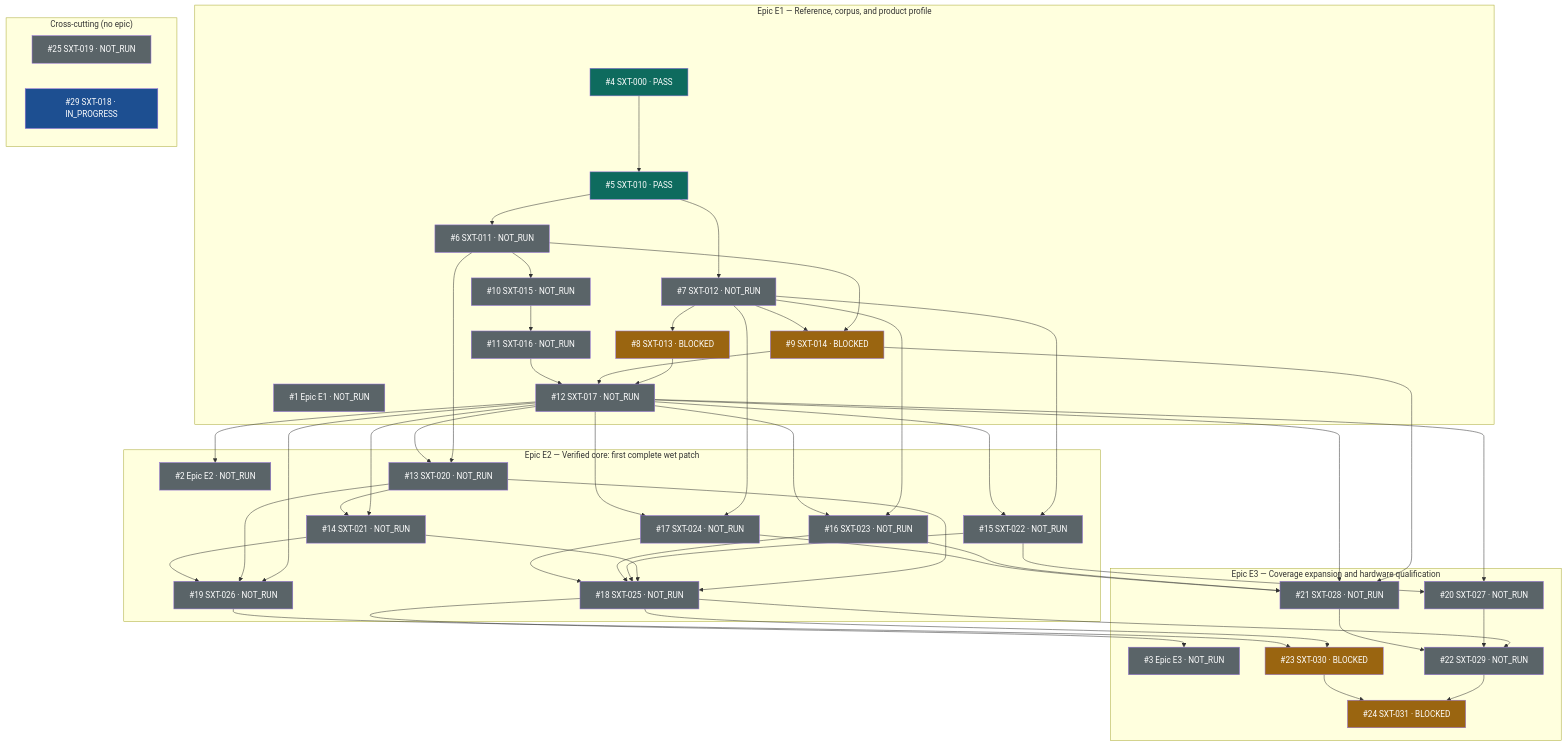
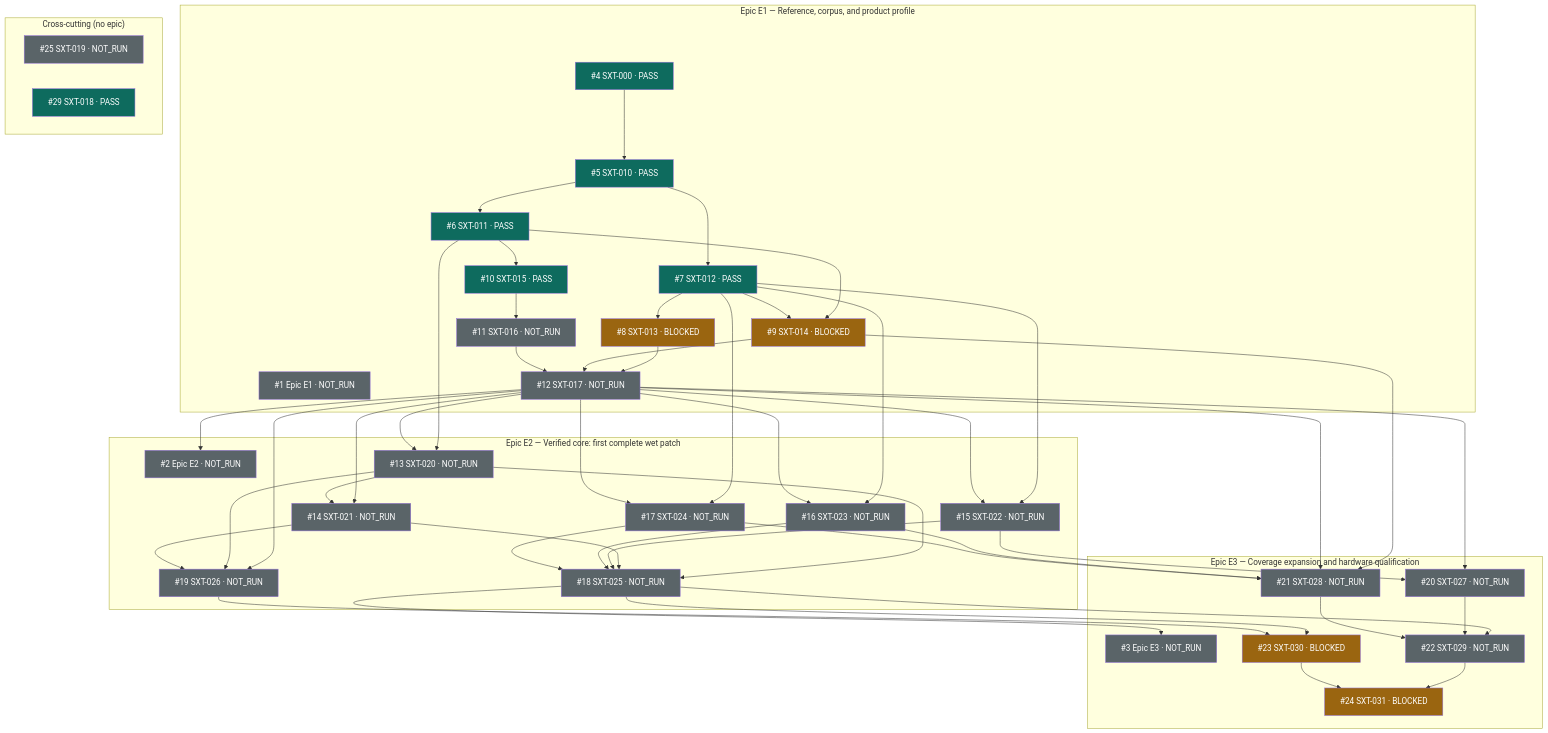
One commit to 2AMLogic/gf180-surge changed the diagram in README.md. Above: the diagram before and after it, drawn with Mermaid. The commit also changed other lines of this file and 1 other file, not shown here.

Commit message:
DAG: refresh board after wave 2-3 merges (#6 #7 #10 #29 PASS; #8 #9 apparatus notes)

````diff
--- a/README.md
+++ b/README.md
@@ -110,11 +110,11 @@
     n1["#1 Epic E1 · NOT_RUN"]
     n4["#4 SXT-000 · PASS"]
     n5["#5 SXT-010 · PASS"]
-    n6["#6 SXT-011 · NOT_RUN"]
-    n7["#7 SXT-012 · NOT_RUN"]
+    n6["#6 SXT-011 · PASS"]
+    n7["#7 SXT-012 · PASS"]
     n8["#8 SXT-013 · BLOCKED"]
     n9["#9 SXT-014 · BLOCKED"]
-    n10["#10 SXT-015 · NOT_RUN"]
+    n10["#10 SXT-015 · PASS"]
     n11["#11 SXT-016 · NOT_RUN"]
     n12["#12 SXT-017 · NOT_RUN"]
   end
@@ -138,7 +138,7 @@
   end
   subgraph XC["Cross-cutting (no epic)"]
     n25["#25 SXT-019 · NOT_RUN"]
-    n29["#29 SXT-018 · IN_PROGRESS"]
+    n29["#29 SXT-018 · PASS"]
   end
   n4 --> n5
   n5 --> n6
@@ -192,8 +192,7 @@
   classDef notrun fill:#5A6468,color:#fff
   classDef noverdict fill:#6B46C1,color:#fff
   classDef stale fill:#B7791F,color:#fff
-  class n29 inprogress
   class n8,n9,n23,n24 blocked
-  class n1,n2,n3,n6,n7,n10,n11,n12,n13,n14,n15,n16,n17,n18,n19,n20,n21,n22,n25 notrun
-  class n4,n5 pass
+  class n1,n2,n3,n11,n12,n13,n14,n15,n16,n17,n18,n19,n20,n21,n22,n25 notrun
+  class n4,n5,n6,n7,n10,n29 pass
 ```
````
